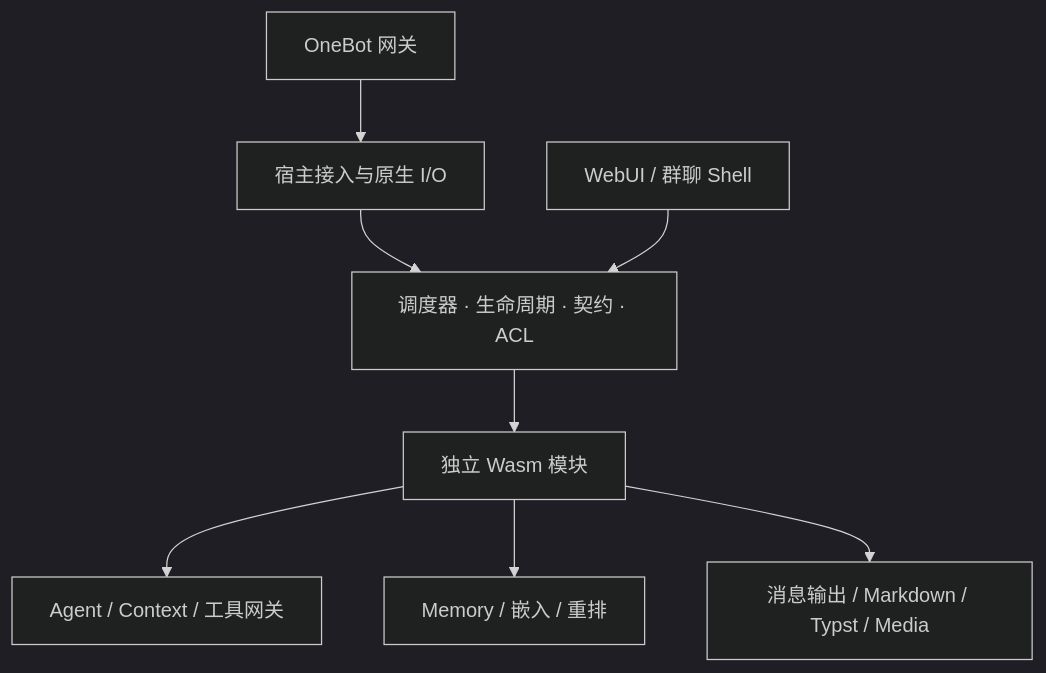
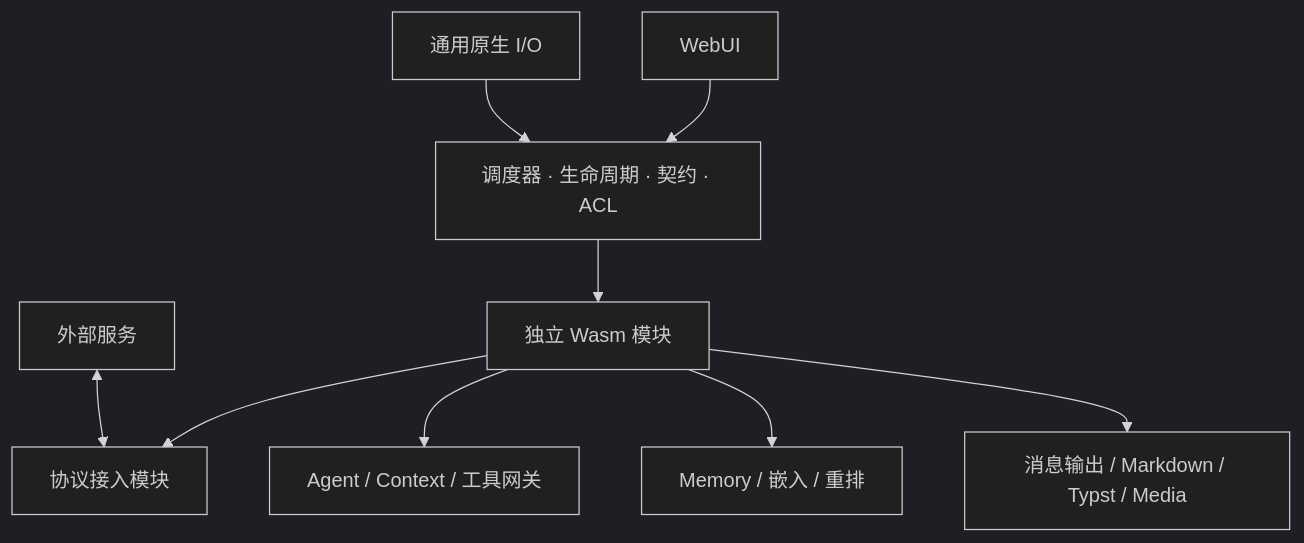
Before and after one commit to sjrsjz/forest: the diagram in README.md, drawn with Mermaid (dark theme). The commit also changed other lines of this file and 206 other files, not shown here.

````diff
--- a/README.md
+++ b/README.md
@@ -21,10 +24,11 @@
 ```mermaid
 flowchart TB
-    Gateway[OneBot 网关] --> Host[宿主接入与原生 I/O]
-    Host --> Kernel[调度器 · 生命周期 · 契约 · ACL]
-    Console[WebUI / 群聊 Shell] --> Kernel
+    Host[通用原生 I/O] --> Kernel[调度器 · 生命周期 · 契约 · ACL]
+    Console[WebUI] --> Kernel
     Kernel --> Modules[独立 Wasm 模块]
+    Gateway[外部服务] <--> Adapter[协议接入模块]
+    Modules --> Adapter
     Modules --> Agent[Agent / Context / 工具网关]
     Modules --> Memory[Memory / 嵌入 / 重排]
     Modules --> Output[消息输出 / Markdown / Typst / Media]
 ```
````
